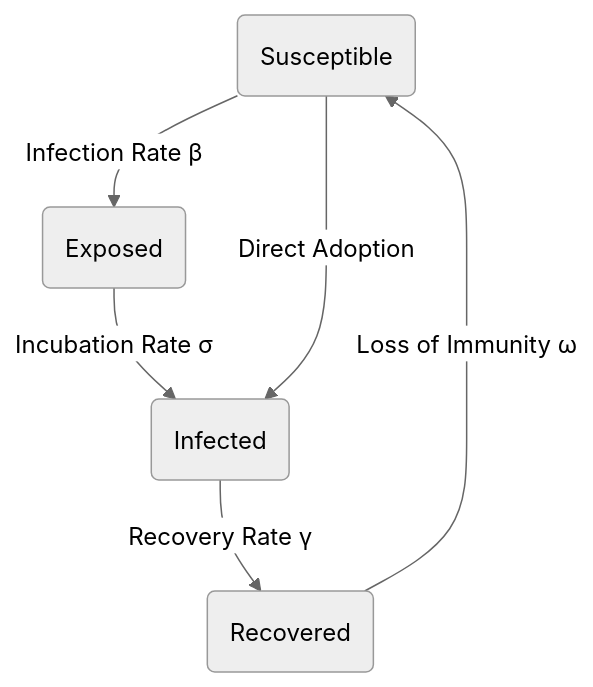
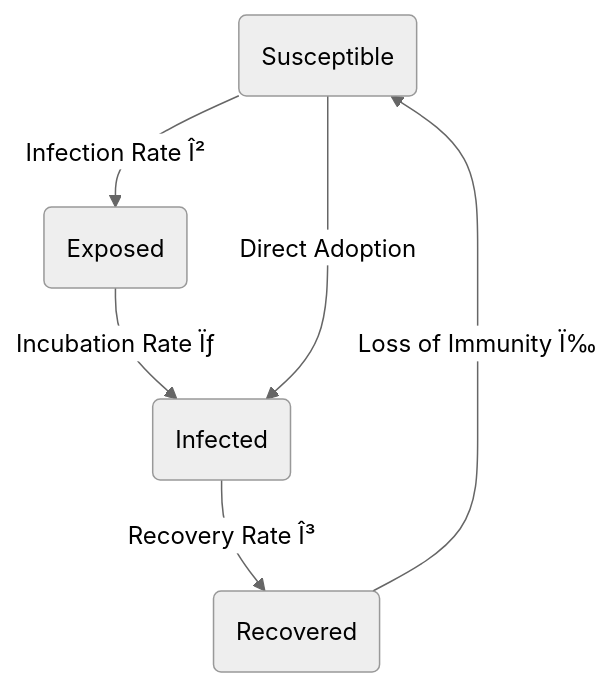
Diagram 19 of 22 in inventions/095_predictive_social_trend_analysis.md (diplomat-bit/Citibank_Demo_Business_Inc_Demonstration-), drawn with Mermaid (neutral theme) before and after one commit. The commit also changed other lines of this file, not shown here.

````diff
--- a/inventions/095_predictive_social_trend_analysis.md
+++ b/inventions/095_predictive_social_trend_analysis.md
@@ -170,8 +582,8 @@
 ```mermaid
 graph TD
-    S(Susceptible) -- Infection Rate β --> E(Exposed)
-    E -- Incubation Rate σ --> I(Infected)
-    I -- Recovery Rate γ --> R(Recovered)
+    S(Susceptible) -- Infection Rate Î² --> E(Exposed)
+    E -- Incubation Rate Ïƒ --> I(Infected)
+    I -- Recovery Rate Î³ --> R(Recovered)
     S -- Direct Adoption --> I
-    R -- Loss of Immunity ω --> S
+    R -- Loss of Immunity Ï‰ --> S
 ```
````
